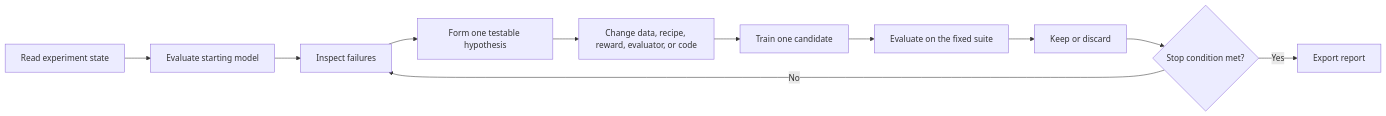
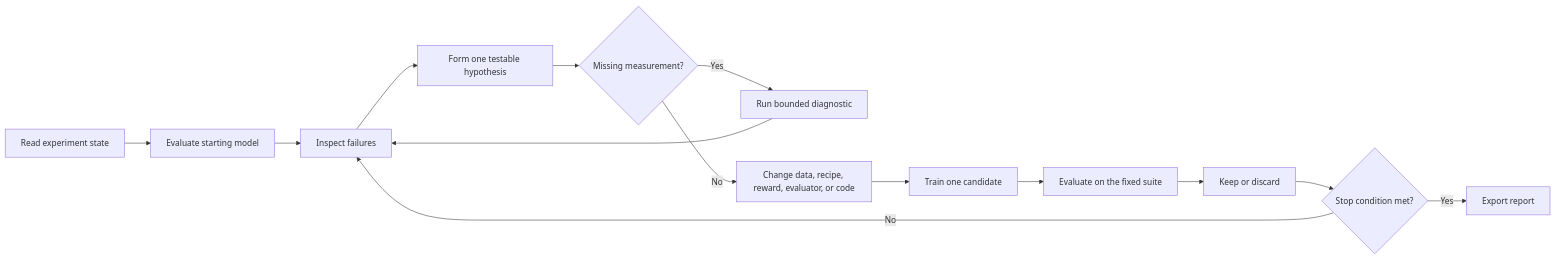
One commit to GhostPeony/bashgym changed the diagram in docs/training/autoresearch-campaign.md. Above: the diagram before and after it, drawn with Mermaid. The commit also changed other lines of this file and 15 other files, not shown here.

````diff
--- a/docs/training/autoresearch-campaign.md
+++ b/docs/training/autoresearch-campaign.md
@@ -8,13 +8,16 @@
 ```mermaid
 flowchart LR
     A["Read experiment state"] --> B["Evaluate starting model"]
     B --> C["Inspect failures"]
     C --> D["Form one testable hypothesis"]
-    D --> E["Change data, recipe, reward, evaluator, or code"]
+    D --> Q{"Missing measurement?"}
+    Q -->|Yes| P["Run bounded diagnostic"]
+    P --> C
+    Q -->|No| E["Change data, recipe, reward, evaluator, or code"]
     E --> F["Train one candidate"]
     F --> G["Evaluate on the fixed suite"]
     G --> H["Keep or discard"]
     H --> I{"Stop condition met?"}
     I -->|No| C
     I -->|Yes| J["Export report"]
 ```
````
